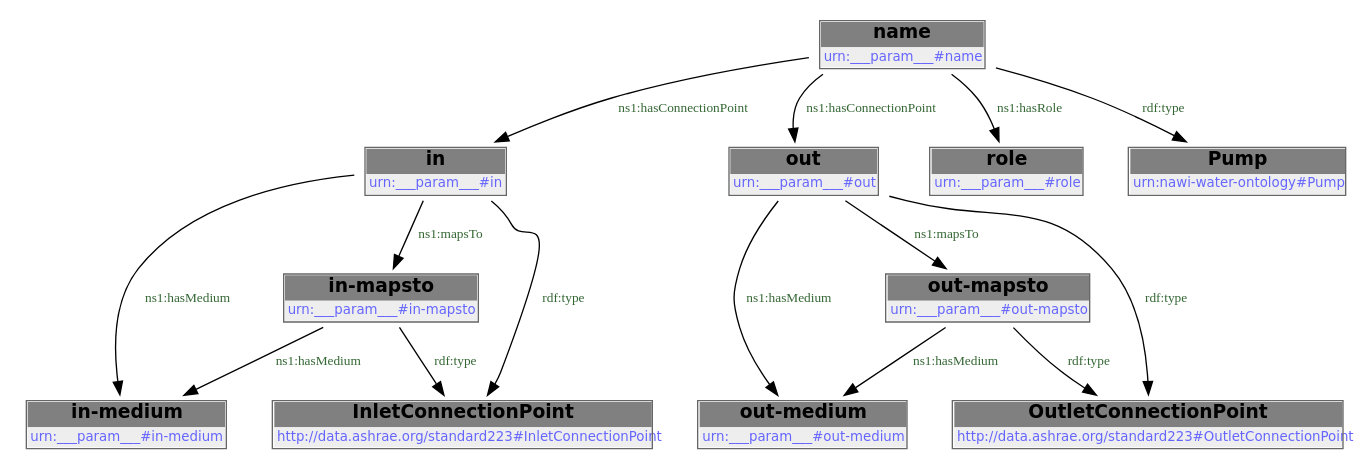
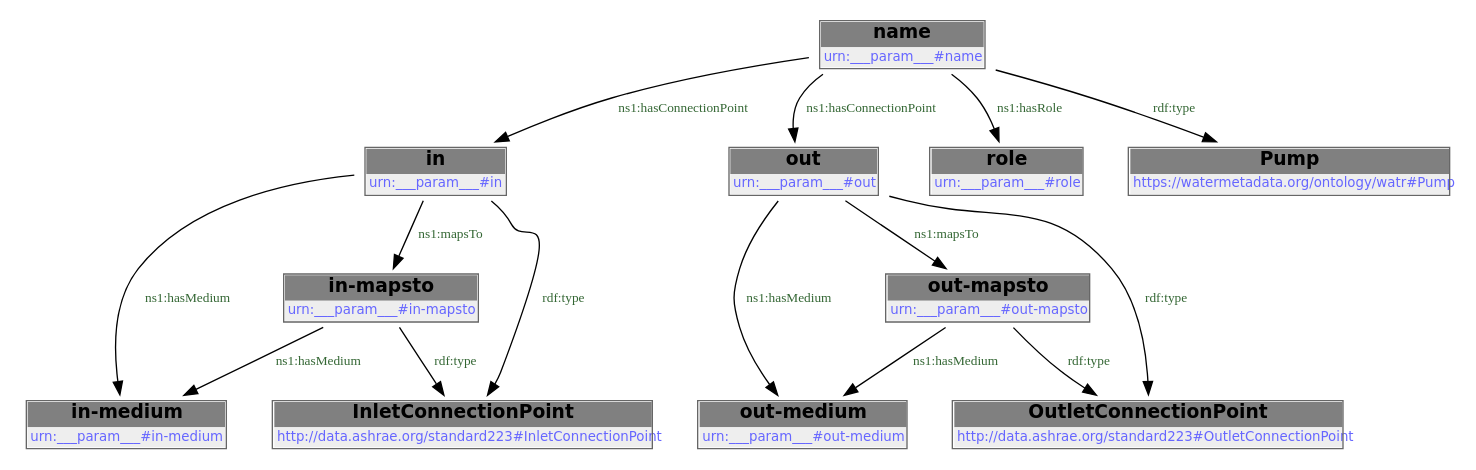
One commit to DataDrivenCPS/water-ontology changed the second of 2 diagrams in docs/libraries/templates/pump.rst. Above: the diagram before and after it, drawn with Graphviz. The commit also changed other lines of this file and 43 other files, not shown here.

First line of the commit message:
feat: move ontology to https://watermetadata.org base URI

```diff
--- a/docs/libraries/templates/pump.rst
+++ b/docs/libraries/templates/pump.rst
@@ -96,30 +96,30 @@
         .. graphviz::
 
                 digraph G {
             node [fontname="DejaVu Sans"];
             node0 -> node1 [color=BLACK, label=< <font point-size='10' color='#336633'>ns1:hasMedium</font> >];
             node2 -> node3 [color=BLACK, label=< <font point-size='10' color='#336633'>ns1:hasMedium</font> >];
             node4 -> node2 [color=BLACK, label=< <font point-size='10' color='#336633'>ns1:hasConnectionPoint</font> >];
             node4 -> node5 [color=BLACK, label=< <font point-size='10' color='#336633'>ns1:hasConnectionPoint</font> >];
             node6 -> node3 [color=BLACK, label=< <font point-size='10' color='#336633'>ns1:hasMedium</font> >];
             node4 -> node7 [color=BLACK, label=< <font point-size='10' color='#336633'>ns1:hasRole</font> >];
             node5 -> node1 [color=BLACK, label=< <font point-size='10' color='#336633'>ns1:hasMedium</font> >];
             node5 -> node0 [color=BLACK, label=< <font point-size='10' color='#336633'>ns1:mapsTo</font> >];
             node2 -> node8 [color=BLACK, label=< <font point-size='10' color='#336633'>rdf:type</font> >];
             node0 -> node9 [color=BLACK, label=< <font point-size='10' color='#336633'>rdf:type</font> >];
             node6 -> node8 [color=BLACK, label=< <font point-size='10' color='#336633'>rdf:type</font> >];
             node2 -> node6 [color=BLACK, label=< <font point-size='10' color='#336633'>ns1:mapsTo</font> >];
             node4 -> node10 [color=BLACK, label=< <font point-size='10' color='#336633'>rdf:type</font> >];
             node5 -> node9 [color=BLACK, label=< <font point-size='10' color='#336633'>rdf:type</font> >];
             node0 [shape=none, color=black, label=< <table color='#666666' cellborder='0' cellspacing='0' border='1'><tr><td colspan='2' bgcolor='grey'><B>out-mapsto</B></td></tr><tr><td href='urn:___param___#out-mapsto' bgcolor='#eeeeee' colspan='2'><font point-size='10' color='#6666ff'>urn:___param___#out-mapsto</font></td></tr></table> >];
             node1 [shape=none, color=black, label=< <table color='#666666' cellborder='0' cellspacing='0' border='1'><tr><td colspan='2' bgcolor='grey'><B>out-medium</B></td></tr><tr><td href='urn:___param___#out-medium' bgcolor='#eeeeee' colspan='2'><font point-size='10' color='#6666ff'>urn:___param___#out-medium</font></td></tr></table> >];
             node2 [shape=none, color=black, label=< <table color='#666666' cellborder='0' cellspacing='0' border='1'><tr><td colspan='2' bgcolor='grey'><B>in</B></td></tr><tr><td href='urn:___param___#in' bgcolor='#eeeeee' colspan='2'><font point-size='10' color='#6666ff'>urn:___param___#in</font></td></tr></table> >];
             node3 [shape=none, color=black, label=< <table color='#666666' cellborder='0' cellspacing='0' border='1'><tr><td colspan='2' bgcolor='grey'><B>in-medium</B></td></tr><tr><td href='urn:___param___#in-medium' bgcolor='#eeeeee' colspan='2'><font point-size='10' color='#6666ff'>urn:___param___#in-medium</font></td></tr></table> >];
             node4 [shape=none, color=black, label=< <table color='#666666' cellborder='0' cellspacing='0' border='1'><tr><td colspan='2' bgcolor='grey'><B>name</B></td></tr><tr><td href='urn:___param___#name' bgcolor='#eeeeee' colspan='2'><font point-size='10' color='#6666ff'>urn:___param___#name</font></td></tr></table> >];
             node5 [shape=none, color=black, label=< <table color='#666666' cellborder='0' cellspacing='0' border='1'><tr><td colspan='2' bgcolor='grey'><B>out</B></td></tr><tr><td href='urn:___param___#out' bgcolor='#eeeeee' colspan='2'><font point-size='10' color='#6666ff'>urn:___param___#out</font></td></tr></table> >];
             node6 [shape=none, color=black, label=< <table color='#666666' cellborder='0' cellspacing='0' border='1'><tr><td colspan='2' bgcolor='grey'><B>in-mapsto</B></td></tr><tr><td href='urn:___param___#in-mapsto' bgcolor='#eeeeee' colspan='2'><font point-size='10' color='#6666ff'>urn:___param___#in-mapsto</font></td></tr></table> >];
             node7 [shape=none, color=black, label=< <table color='#666666' cellborder='0' cellspacing='0' border='1'><tr><td colspan='2' bgcolor='grey'><B>role</B></td></tr><tr><td href='urn:___param___#role' bgcolor='#eeeeee' colspan='2'><font point-size='10' color='#6666ff'>urn:___param___#role</font></td></tr></table> >];
             node8 [shape=none, color=black, label=< <table color='#666666' cellborder='0' cellspacing='0' border='1'><tr><td colspan='2' bgcolor='grey'><B>InletConnectionPoint</B></td></tr><tr><td href='http://data.ashrae.org/standard223#InletConnectionPoint' bgcolor='#eeeeee' colspan='2'><font point-size='10' color='#6666ff'>http://data.ashrae.org/standard223#InletConnectionPoint</font></td></tr></table> >];
             node9 [shape=none, color=black, label=< <table color='#666666' cellborder='0' cellspacing='0' border='1'><tr><td colspan='2' bgcolor='grey'><B>OutletConnectionPoint</B></td></tr><tr><td href='http://data.ashrae.org/standard223#OutletConnectionPoint' bgcolor='#eeeeee' colspan='2'><font point-size='10' color='#6666ff'>http://data.ashrae.org/standard223#OutletConnectionPoint</font></td></tr></table> >];
-            node10 [shape=none, color=black, label=< <table color='#666666' cellborder='0' cellspacing='0' border='1'><tr><td colspan='2' bgcolor='grey'><B>Pump</B></td></tr><tr><td href='urn:nawi-water-ontology#Pump' bgcolor='#eeeeee' colspan='2'><font point-size='10' color='#6666ff'>urn:nawi-water-ontology#Pump</font></td></tr></table> >];
+            node10 [shape=none, color=black, label=< <table color='#666666' cellborder='0' cellspacing='0' border='1'><tr><td colspan='2' bgcolor='grey'><B>Pump</B></td></tr><tr><td href='https://watermetadata.org/ontology/watr#Pump' bgcolor='#eeeeee' colspan='2'><font point-size='10' color='#6666ff'>https://watermetadata.org/ontology/watr#Pump</font></td></tr></table> >];
             }
```
